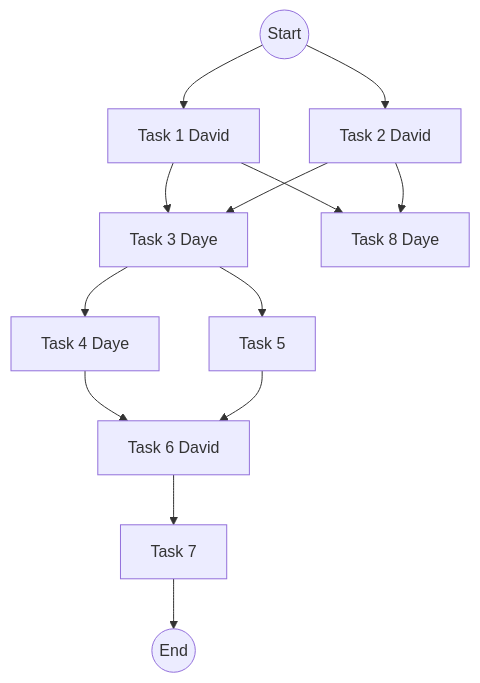
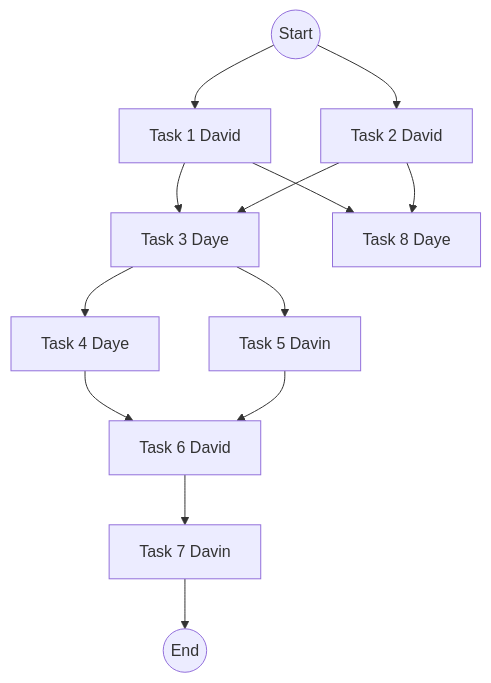
One commit to DM1122/rob521-labs changed the diagram in lab2/tasks.md. Above: the diagram before and after it, drawn with Mermaid.

````diff
--- a/lab2/tasks.md
+++ b/lab2/tasks.md
@@ -2,26 +2,26 @@
 ```mermaid
 flowchart TB
     start((Start))
     task1[Task 1 David]
     task2[Task 2 David]
     task3[Task 3 Daye]
     task4[Task 4 Daye]
-    task5[Task 5]
+    task5[Task 5 Davin]
     task6[Task 6 David]
-    task7[Task 7]
+    task7[Task 7 Davin]
     task8[Task 8 Daye]
     endd((End))
     
     start --> task1 & task2
     
     task1 --> task3
     task2 --> task3
 
     task1 --> task8
     task2 --> task8
 
     task3 --> task4 & task5
     task4 --> task6
     task5 --> task6
     task6 --> task7 --> endd
 ```
````
